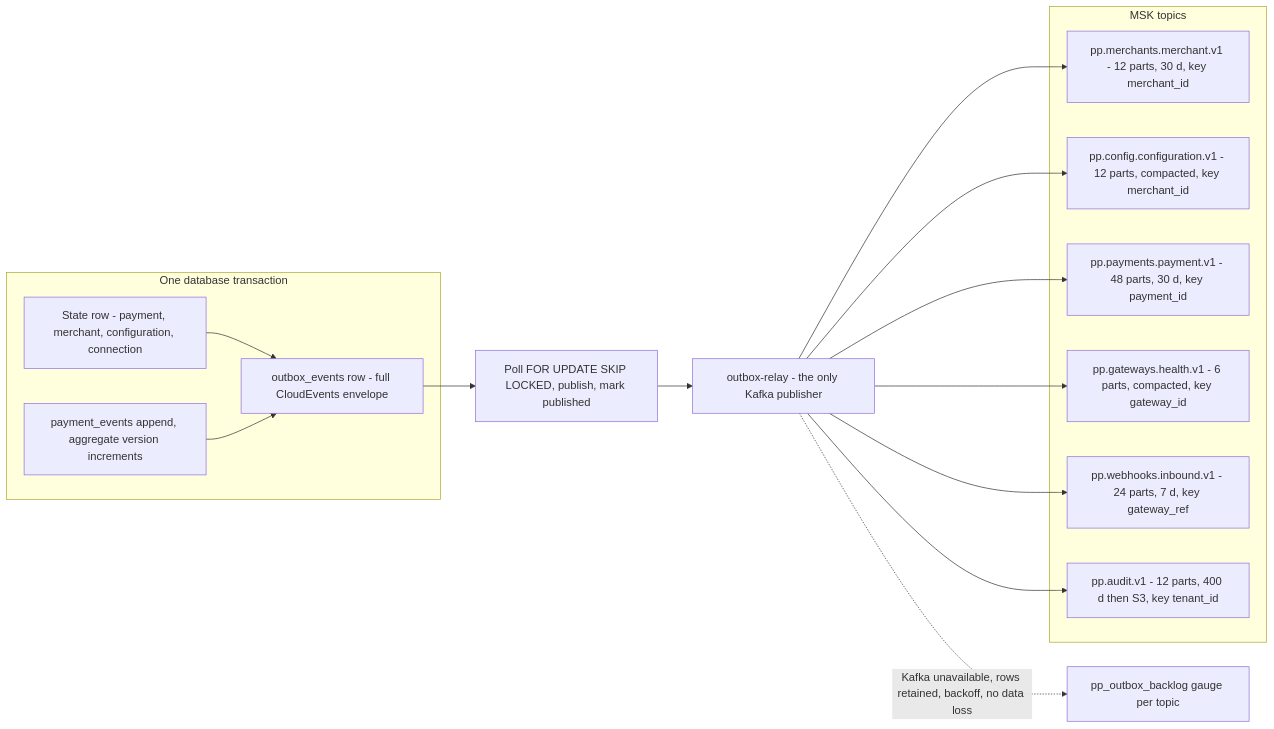
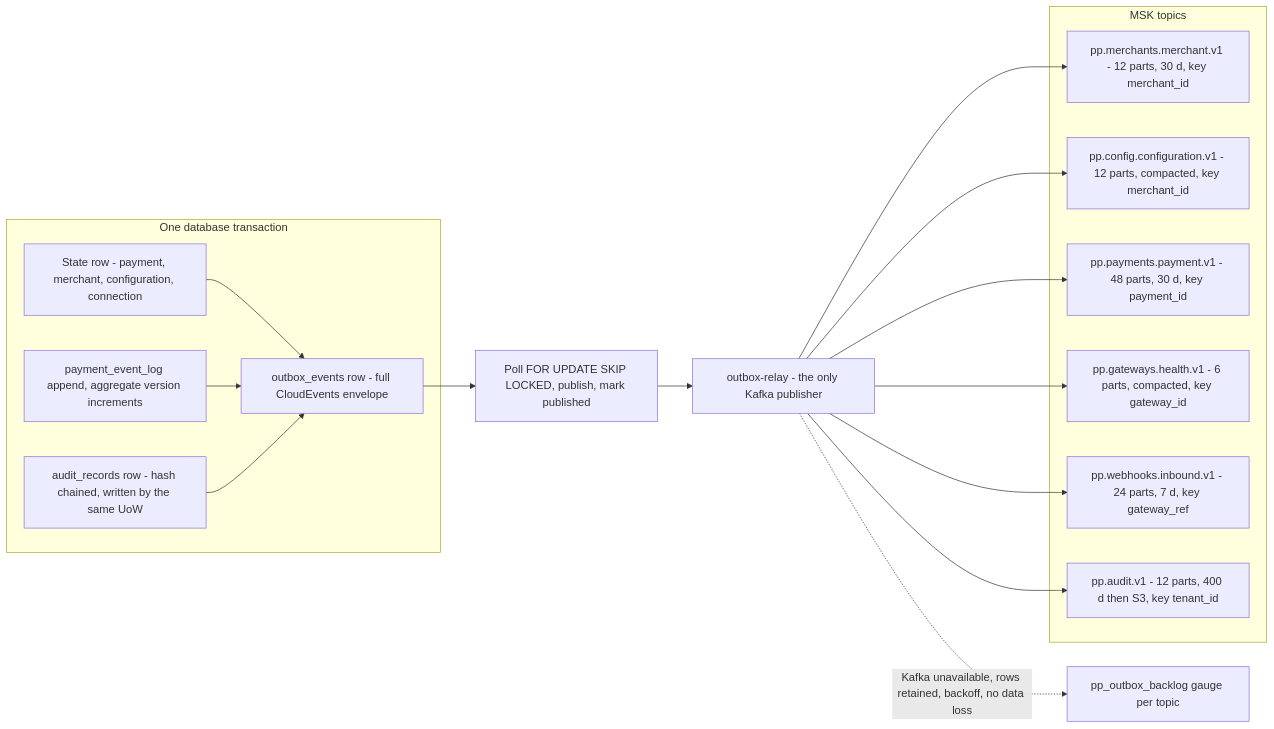
One commit to udaykishore-resu/payments-platform changed the first of 2 diagrams in docs/diagrams/12-event-architecture.md. Above: the diagram before and after it, drawn with Mermaid. The commit also changed other lines of this file and 67 other files, not shown here.

````diff
--- a/docs/diagrams/12-event-architecture.md
+++ b/docs/diagrams/12-event-architecture.md
@@ -15,33 +16,35 @@
 ```mermaid
 flowchart LR
   subgraph TX["One database transaction"]
     ST["State row - payment, merchant, configuration, connection"]
-    EV["payment_events append, aggregate version increments"]
+    EV["payment_event_log append, aggregate version increments"]
+    AU["audit_records row - hash chained, written by the same UoW"]
     OX["outbox_events row - full CloudEvents envelope"]
   end
 
   RLY["outbox-relay - the only Kafka publisher"]
   POLL["Poll FOR UPDATE SKIP LOCKED, publish, mark published"]
   BACKLOG["pp_outbox_backlog gauge per topic"]
 
   subgraph TOPICS["MSK topics"]
     T1["pp.merchants.merchant.v1 - 12 parts, 30 d, key merchant_id"]
     T2["pp.config.configuration.v1 - 12 parts, compacted, key merchant_id"]
     T3["pp.payments.payment.v1 - 48 parts, 30 d, key payment_id"]
     T4["pp.gateways.health.v1 - 6 parts, compacted, key gateway_id"]
     T5["pp.webhooks.inbound.v1 - 24 parts, 7 d, key gateway_ref"]
     T6["pp.audit.v1 - 12 parts, 400 d then S3, key tenant_id"]
   end
 
   ST --> OX
   EV --> OX
+  AU --> OX
   OX --> POLL
   POLL --> RLY
   RLY --> T1
   RLY --> T2
   RLY --> T3
   RLY --> T4
   RLY --> T5
   RLY --> T6
   RLY -.->|"Kafka unavailable, rows retained, backoff, no data loss"| BACKLOG
 ```
````
